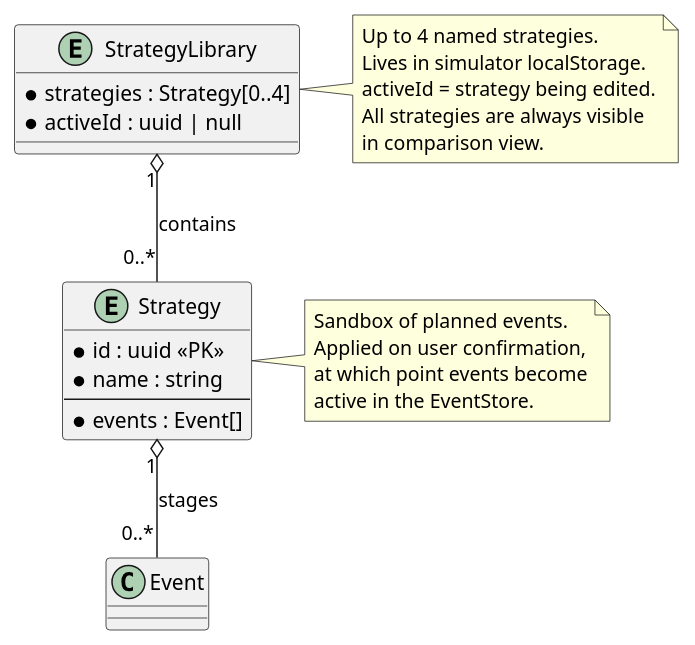
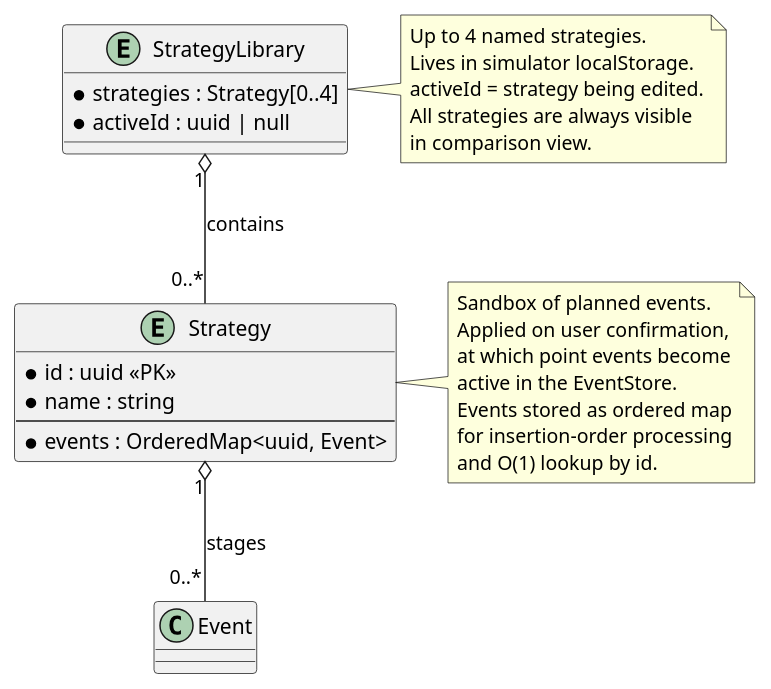
The diagram in spec/diagram/strategy.puml (littlewhywhat/loan-advisor), drawn with PlantUML before and after one commit. The commit also changed 3 other files, not shown here.

First line of the commit message:
feat: add calendar view spec and ordered map storage design

```diff
--- a/spec/diagram/strategy.puml
+++ b/spec/diagram/strategy.puml
@@ -1,33 +1,36 @@
 @startuml simulator-strategy
 
 entity StrategyLibrary {
   * strategies : Strategy[0..4]
   * activeId : uuid | null
 }
 
 entity Strategy {
   * id : uuid <<PK>>
   * name : string
   --
-  * events : Event[]
+  * events : OrderedMap<uuid, Event>
 }
 
 note right of StrategyLibrary
   Up to 4 named strategies.
   Lives in simulator localStorage.
   activeId = strategy being edited.
   All strategies are always visible
   in comparison view.
 end note
 
 note right of Strategy
   Sandbox of planned events.
   Applied on user confirmation,
   at which point events become
   active in the EventStore.
+  Events stored as ordered map
+  for insertion-order processing
+  and O(1) lookup by id.
 end note
 
 StrategyLibrary "1" o-- "0..*" Strategy : contains
 Strategy "1" o-- "0..*" Event : stages
 
 @enduml
```
